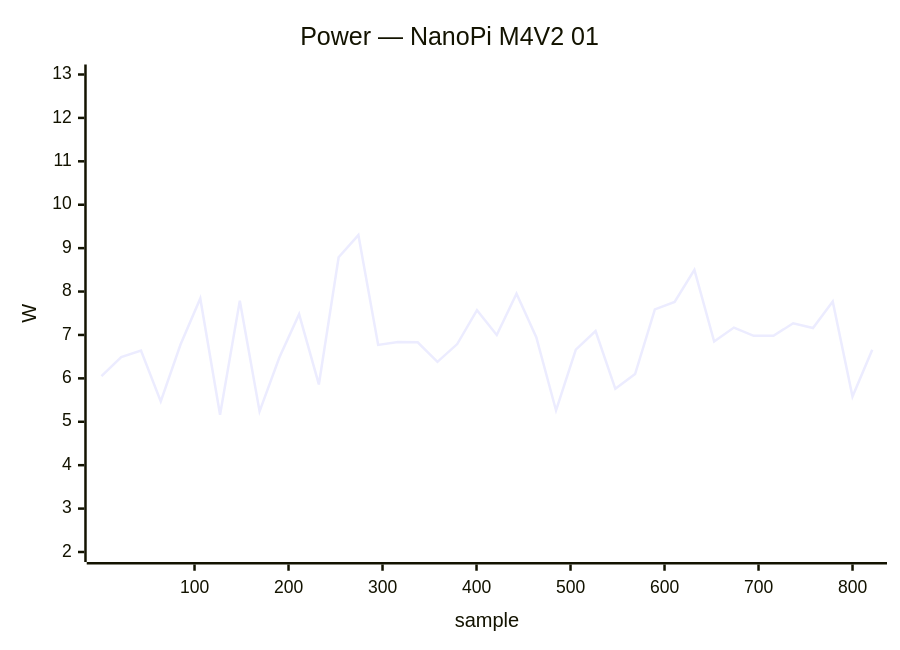
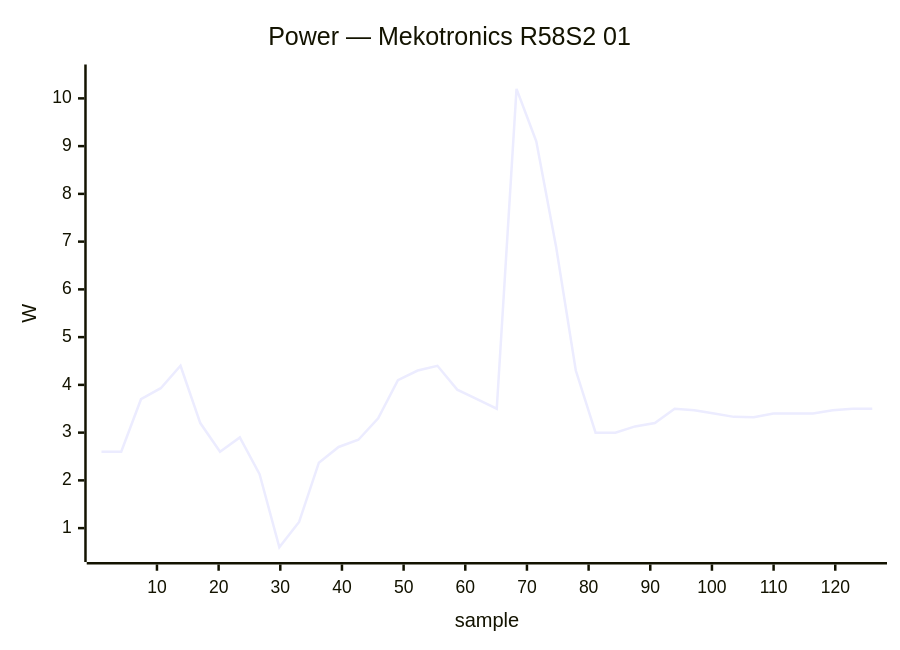
One commit to armbian/documentation changed diagram 16 of 35 in docs/status/board-tests.md. Above: the diagram before and after it, drawn with Mermaid. The commit also changed other lines of this file, not shown here.

````diff
--- a/docs/status/board-tests.md
+++ b/docs/status/board-tests.md
@@ -813,7 +805,7 @@
 ```mermaid
 xychart-beta
-    title "Power — NanoPi M4V2 01"
-    x-axis "sample" 1 --> 821
-    y-axis "W" 2.0 --> 13.0
-    line [6.05, 6.49, 6.64, 5.47, 6.78, 7.84, 5.16, 7.79, 5.24, 6.48, 7.48, 5.86, 8.79, 9.30, 6.77, 6.84, 6.83, 6.38, 6.79, 7.57, 7.00, 7.95, 6.95, 5.26, 6.66, 7.09, 5.76, 6.10, 7.59, 7.76, 8.50, 6.85, 7.17, 6.98, 6.98, 7.27, 7.16, 7.77, 5.58, 6.66]
+    title "Power — Mekotronics R58S2 01"
+    x-axis "sample" 1 --> 126
+    y-axis "W" 0.5 --> 10.5
+    line [2.60, 2.60, 3.70, 3.93, 4.40, 3.20, 2.60, 2.90, 2.13, 0.60, 1.13, 2.37, 2.70, 2.85, 3.30, 4.10, 4.30, 4.40, 3.90, 3.70, 3.50, 10.20, 9.10, 6.90, 4.30, 3.00, 3.00, 3.13, 3.20, 3.50, 3.47, 3.40, 3.33, 3.32, 3.40, 3.40, 3.40, 3.47, 3.50, 3.50]
 ```
````
